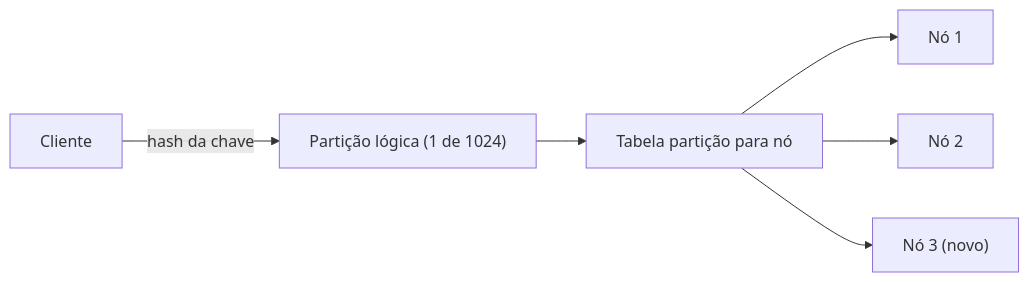
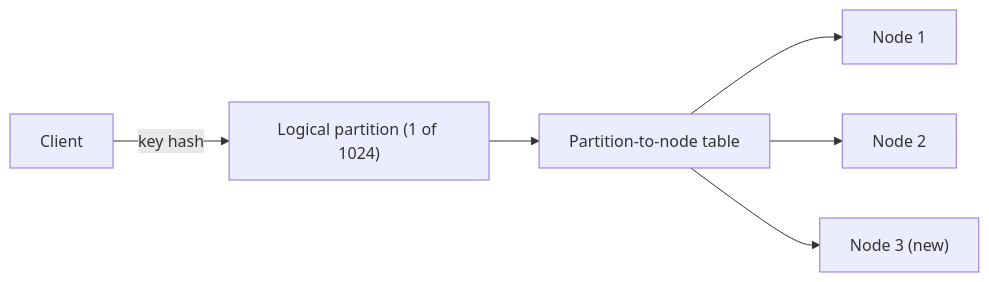
Before and after one commit to alancesar/design-patterns: the diagram in docs/architecture/distributed-systems/data-partitioning/fixed-partitions.md, drawn with Mermaid. The commit also changed 258 other files, not shown here.

First line of the commit message:
Translate Mermaid diagrams to English

````diff
--- a/docs/architecture/distributed-systems/data-partitioning/fixed-partitions.md
+++ b/docs/architecture/distributed-systems/data-partitioning/fixed-partitions.md
@@ -56,8 +56,8 @@
 ```mermaid
 flowchart LR
-    C["Cliente"] -->|"hash da chave"| P["Partição lógica (1 de 1024)"]
-    P --> T["Tabela partição para nó"]
-    T --> N1["Nó 1"]
-    T --> N2["Nó 2"]
-    T --> N3["Nó 3 (novo)"]
+    C["Client"] -->|"key hash"| P["Logical partition (1 of 1024)"]
+    P --> T["Partition-to-node table"]
+    T --> N1["Node 1"]
+    T --> N2["Node 2"]
+    T --> N3["Node 3 (new)"]
 ```
````
